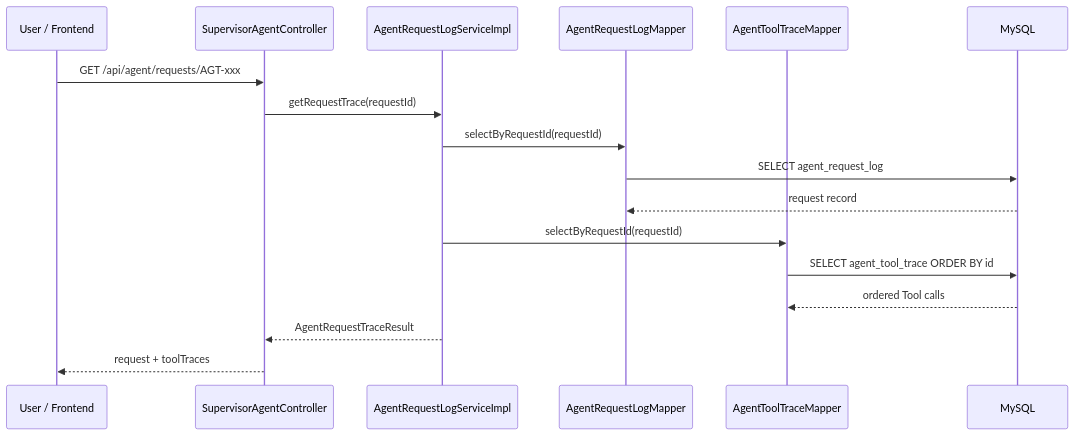
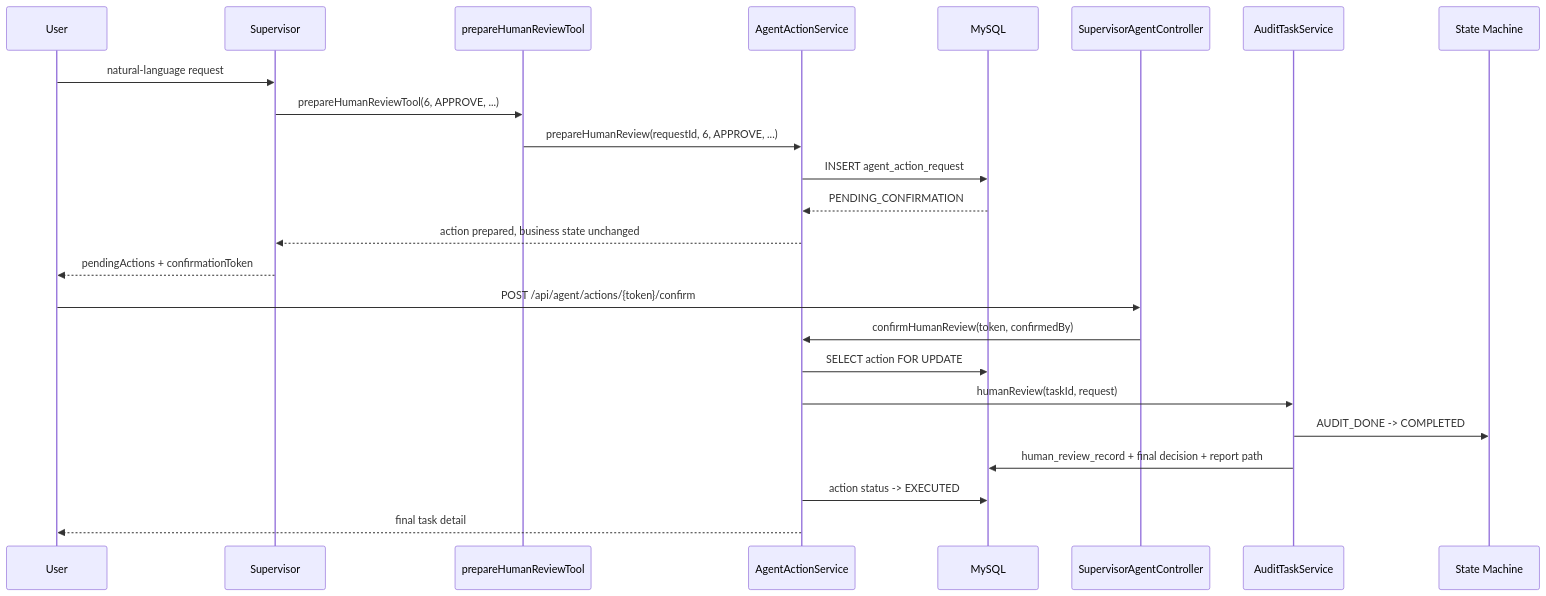
One commit to Chuan1130/invoice-agent-system changed the seventh of 9 diagrams in README.md. Above: the diagram before and after it, drawn with Mermaid. The commit also changed other lines of this file and 1 other file, not shown here.

Commit message:
docs: visualize Agent Runtime v1.0 and runtime guards

````diff
--- a/README.md
+++ b/README.md
@@ -583,23 +489,28 @@
 ```mermaid
 sequenceDiagram
-    participant U as User / Frontend
+    participant U as User
+    participant S as Supervisor
+    participant T as prepareHumanReviewTool
+    participant AS as AgentActionService
+    participant DB as MySQL
     participant C as SupervisorAgentController
-    participant S as AgentRequestLogServiceImpl
-    participant RM as AgentRequestLogMapper
-    participant TM as AgentToolTraceMapper
-    participant DB as MySQL
+    participant BS as AuditTaskService
+    participant SM as State Machine
 
-    U->>C: GET /api/agent/requests/AGT-xxx
-    C->>S: getRequestTrace(requestId)
+    U->>S: natural-language request
+    S->>T: prepareHumanReviewTool(6, APPROVE, ...)
+    T->>AS: prepareHumanReview(requestId, 6, APPROVE, ...)
+    AS->>DB: INSERT agent_action_request
+    DB-->>AS: PENDING_CONFIRMATION
+    AS-->>S: action prepared, business state unchanged
+    S-->>U: pendingActions + confirmationToken
 
-    S->>RM: selectByRequestId(requestId)
-    RM->>DB: SELECT agent_request_log
-    DB-->>RM: request record
-
-    S->>TM: selectByRequestId(requestId)
-    TM->>DB: SELECT agent_tool_trace ORDER BY id
-    DB-->>TM: ordered Tool calls
-
-    S-->>C: AgentRequestTraceResult
-    C-->>U: request + toolTraces
+    U->>C: POST /api/agent/actions/{token}/confirm
+    C->>AS: confirmHumanReview(token, confirmedBy)
+    AS->>DB: SELECT action FOR UPDATE
+    AS->>BS: humanReview(taskId, request)
+    BS->>SM: AUDIT_DONE -> COMPLETED
+    BS->>DB: human_review_record + final decision + report path
+    AS->>DB: action status -> EXECUTED
+    AS-->>U: final task detail
 ```
````
